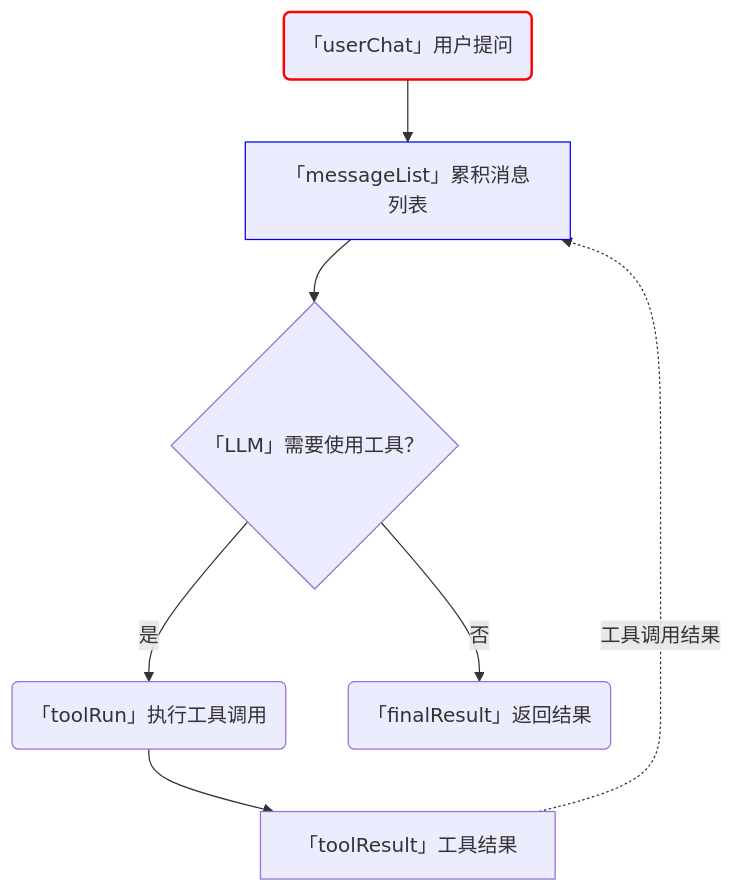
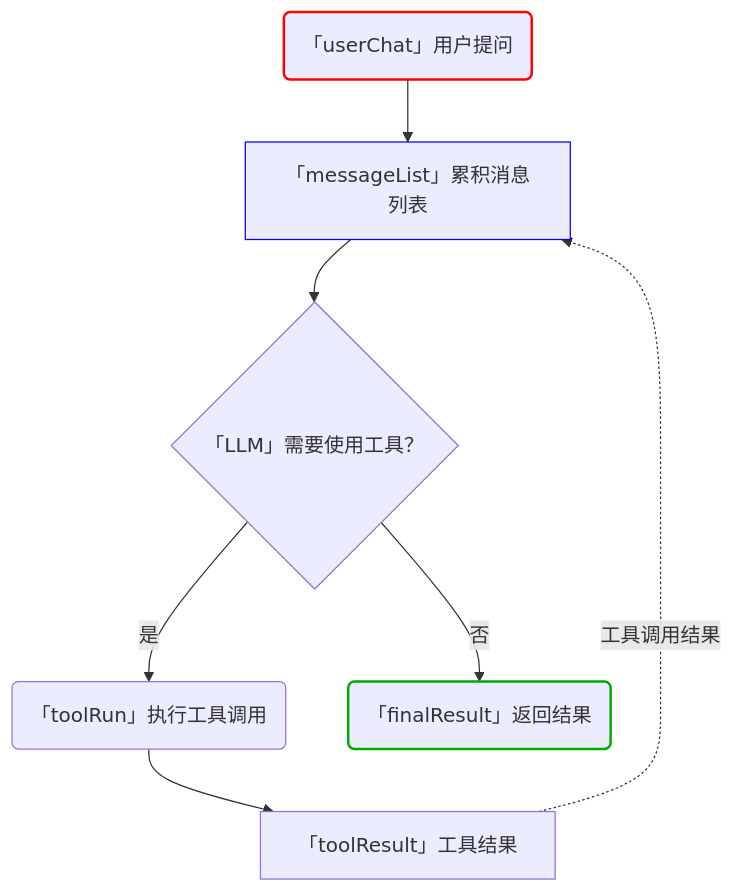
The diagram in 2026/20260904-learnClaudeCode_001_agent循环.md (zjinc36/zjinc36.github.io), drawn with Mermaid before and after one commit. The commit also changed 8 other files, not shown here.

````diff
--- a/2026/20260904-learnClaudeCode_001_agent循环.md
+++ b/2026/20260904-learnClaudeCode_001_agent循环.md
@@ -3,22 +3,23 @@
 ```mermaid
 flowchart TD
     userChat@{shape: rounded, label: "「userChat」用户提问"}
     LLM@{shape: diamond, label: "「LLM」需要使用工具？" }
     toolRun@{shape: rounded, label: "「toolRun」执行工具调用"}
     finalResult@{shape: rounded, label: "「finalResult」返回结果"}
     messageList@{shape: rect, label: "「messageList」累积消息列表"}
     toolResult@{shape: rect, label: "「toolResult」工具结果"}
 
     userChat --> messageList
     LLM -->|是| toolRun
     LLM -->|否| finalResult
     toolRun --> toolResult
     toolResult -.->|工具调用结果| messageList
     messageList --> LLM
 
     style userChat stroke:#ff0000, stroke-width:2px
+    style finalResult stroke:#00aa00, stroke-width:2px
 
     messageList:::blueStrokeColor
 
     classDef blueStrokeColor stroke:#0000ff
 ```
````
